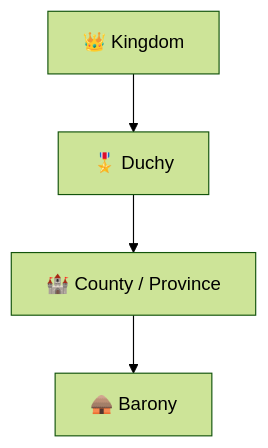
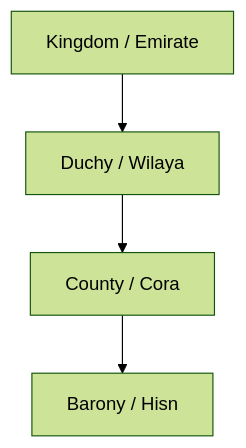
Before and after one commit to kroryan/Quartz-HispaniaBeta: the first of 2 diagrams in content/realm/The Map of Hispania.md, drawn with Mermaid (forest theme). The commit also changed other lines of this file and 35 other files, not shown here.

````diff
--- a/content/realm/The Map of Hispania.md
+++ b/content/realm/The Map of Hispania.md
@@ -21,6 +21,6 @@
 ```mermaid
 flowchart TD
-    K[👑 Kingdom] --> D[🎖️ Duchy]
-    D --> C[🏰 County / Province]
-    C --> B[🛖 Barony]
+    K[Kingdom / Emirate] --> D[Duchy / Wilaya]
+    D --> C[County / Cora]
+    C --> B[Barony / Hisn]
 ```
````
